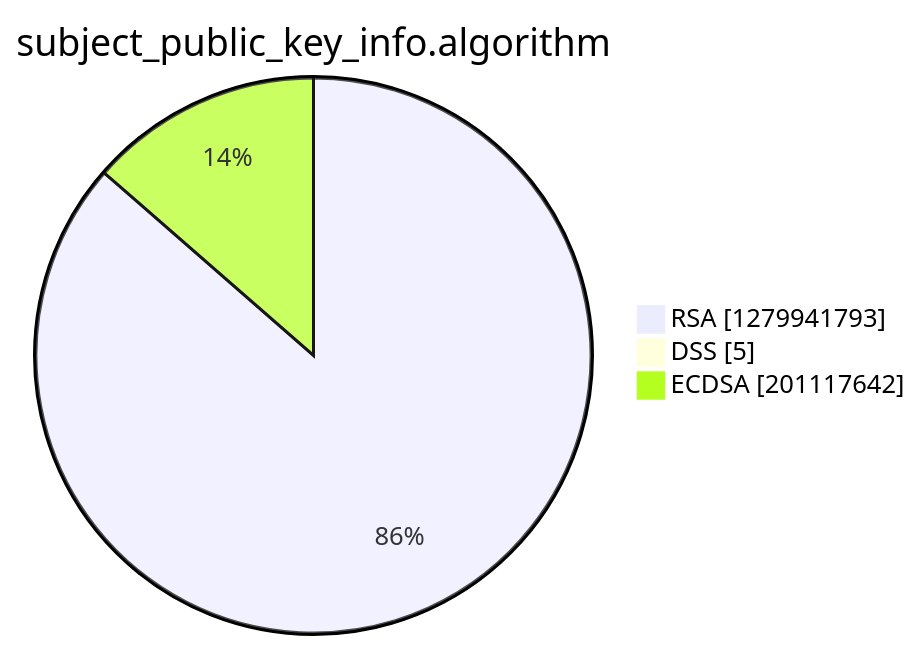
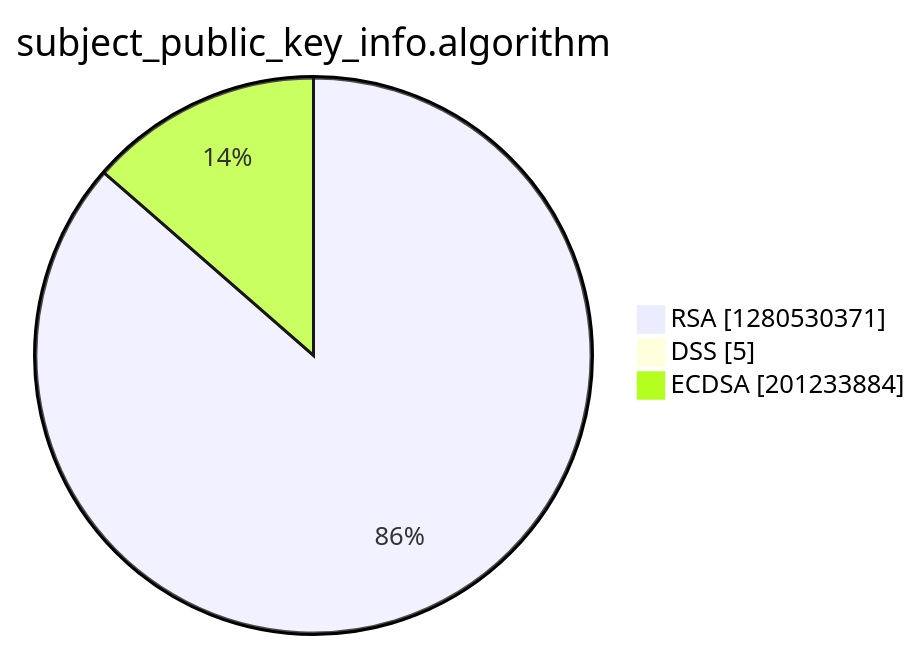
The third of 15 diagrams in argon2022/README.md (christiankrug/ctmonitor_visualization), drawn with Mermaid before and after one commit. The commit also changed other lines of this file, not shown here.

````diff
--- a/argon2022/README.md
+++ b/argon2022/README.md
@@ -14,7 +14,7 @@
 ```mermaid
 pie showData
 title subject_public_key_info.algorithm
-"RSA" :1279941793
+"RSA" :1280530371
 "DSS" :5
-"ECDSA" :201117642
+"ECDSA" :201233884
 ```
````
